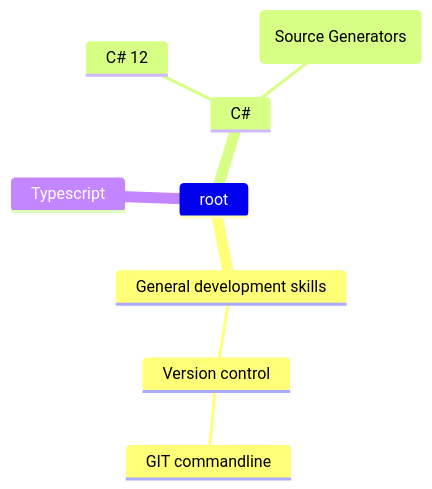
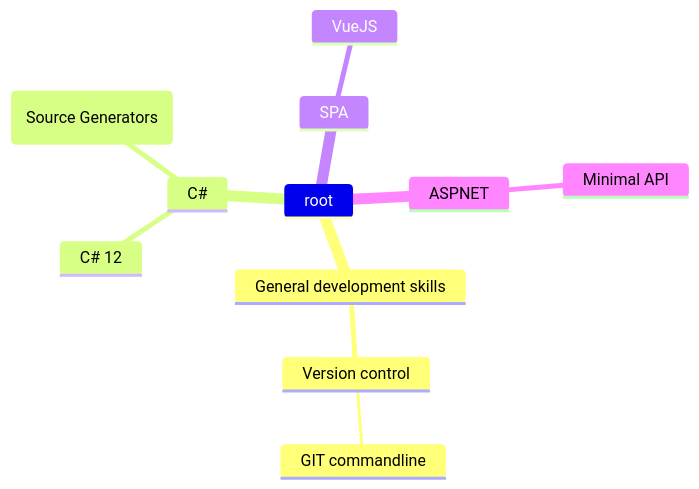
The second of 2 diagrams in README.md (renevdhoek/renevdhoek), drawn with Mermaid before and after one commit.

````diff
--- a/README.md
+++ b/README.md
@@ -11,12 +11,14 @@
 ```mermaid
 mindmap
-        root
-                General development skills
-                        Version control
-                                GIT commandline
-                C#
-                        C# 12
-                        (Source Generators)
-
-                Typescript                
+  root
+    General development skills
+      Version control
+        GIT commandline
+    C#
+      C# 12
+      (Source Generators)
+    SPA
+      VueJS
+    ASPNET
+      Minimal API
 ```
````
